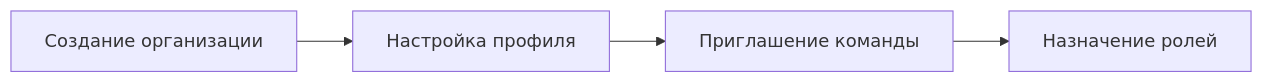
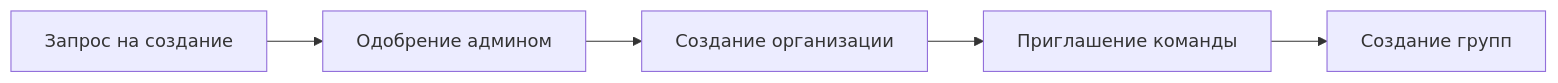
The fourth of 9 diagrams in docs/business/user-journeys.md (egorov-ma/aqstream), drawn with Mermaid before and after one commit. The commit also changed other lines of this file and 47 other files, not shown here.

````diff
--- a/docs/business/user-journeys.md
+++ b/docs/business/user-journeys.md
@@ -146,6 +202,7 @@
 ```mermaid
 flowchart LR
-    A["Создание организации"] --> B["Настройка профиля"]
-    B --> C["Приглашение команды"]
-    C --> D["Назначение ролей"]
+    A["Запрос на создание"] --> B["Одобрение админом"]
+    B --> C["Создание организации"]
+    C --> D["Приглашение команды"]
+    D --> E["Создание групп"]
 ```
````
